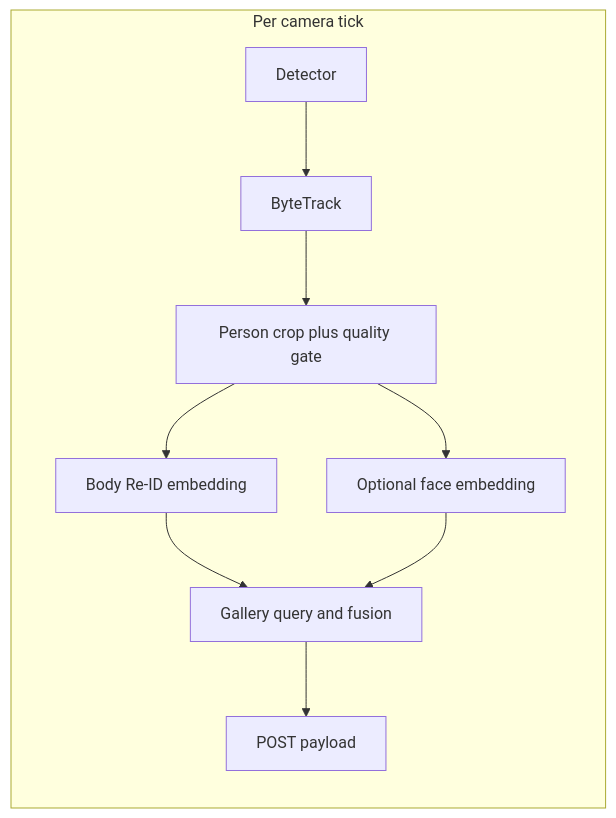
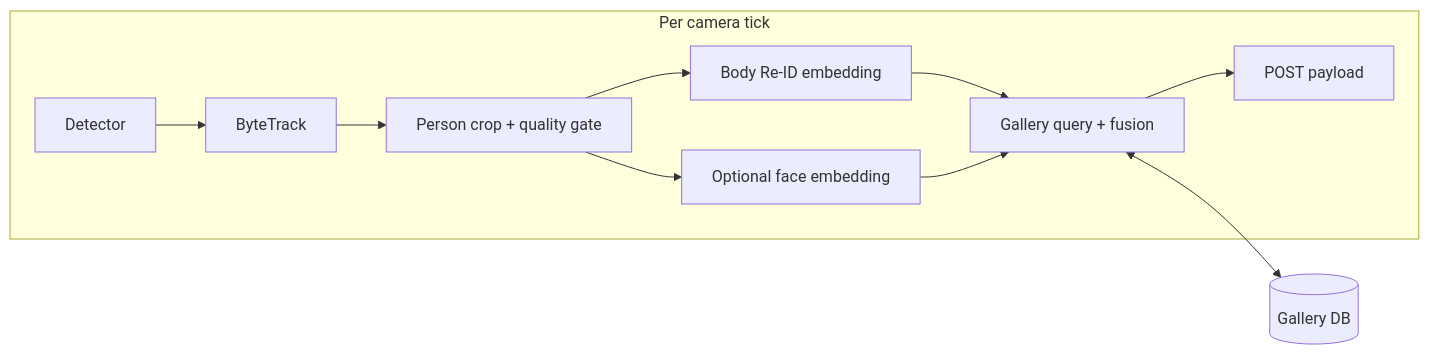
Before and after one commit to phjpdev/home_tracking_system: the diagram in plan/re_identification_and_identity_fusion.md, drawn with Mermaid. The commit also changed other lines of this file and 1 other file, not shown here.

````diff
--- a/plan/re_identification_and_identity_fusion.md
+++ b/plan/re_identification_and_identity_fusion.md
@@ -24,14 +27,16 @@
 ```mermaid
 flowchart LR
   subgraph perCam [Per camera tick]
     Det[Detector]
     BT[ByteTrack]
-    Crop[Person crop plus quality gate]
+    Crop[Person crop + quality gate]
     BodyEmb[Body Re-ID embedding]
     FaceOpt[Optional face embedding]
-    Match[Gallery query and fusion]
+    Match[Gallery query + fusion]
     Out[POST payload]
   end
+  DB[(Gallery DB)]
   Det --> BT --> Crop --> BodyEmb --> Match --> Out
   Crop --> FaceOpt --> Match
+  Match <--> DB
 ```
````
